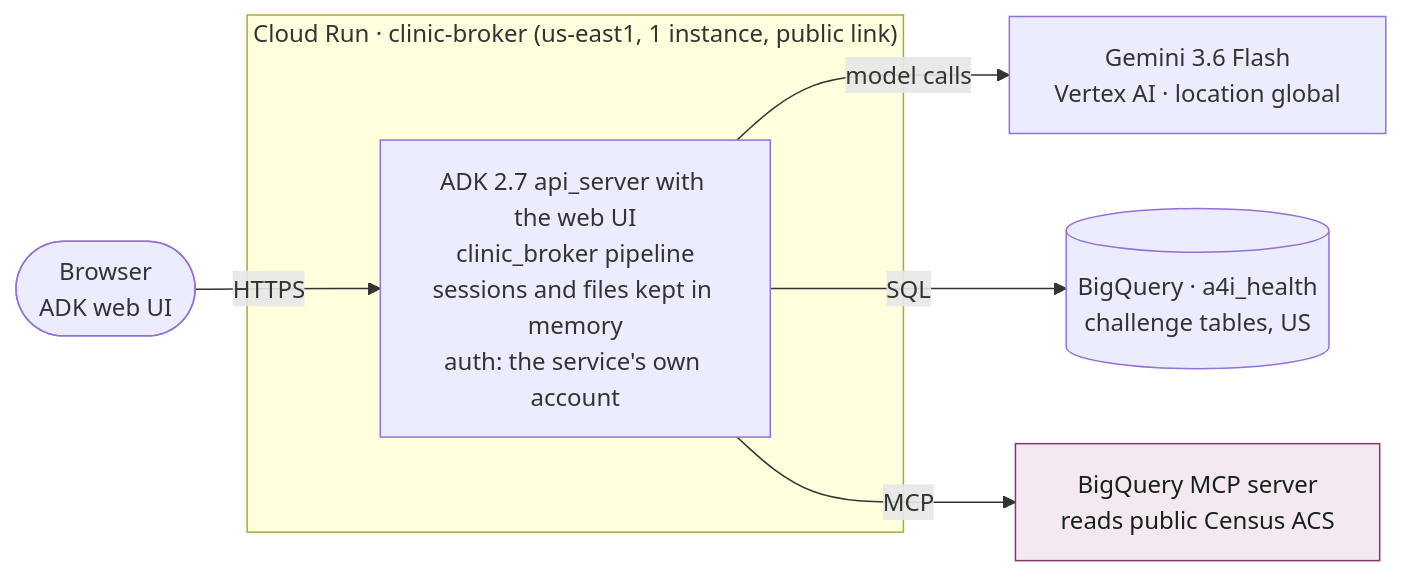
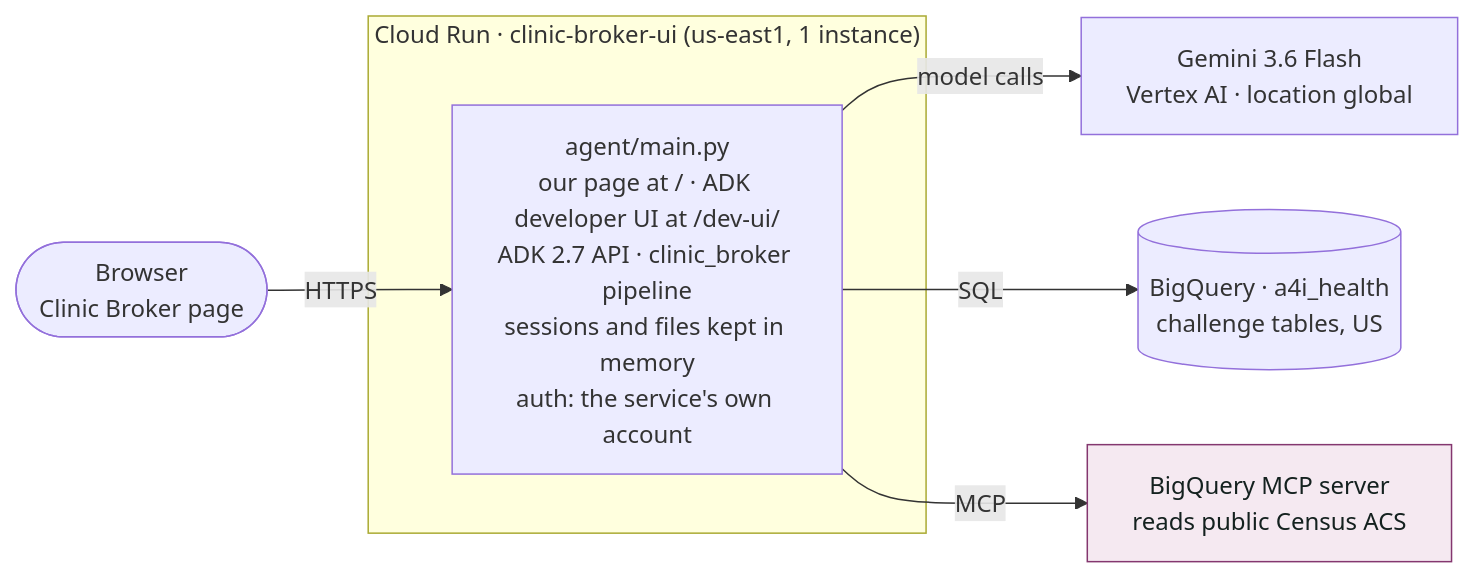
Before and after one commit to naveen056-code/Public_health_05: the third of 3 diagrams in docs/ARCHITECTURE.md, drawn with Mermaid. The commit also changed other lines of this file and 11 other files, not shown here.

Commit message:
Add Clinic Broker web interface with live agent view and county map

````diff
--- a/docs/ARCHITECTURE.md
+++ b/docs/ARCHITECTURE.md
@@ -123,16 +124,16 @@
 ```mermaid
 flowchart LR
-    browser(["Browser<br/>ADK web UI"])
-    subgraph run["Cloud Run · clinic-broker (us-east1, 1 instance, public link)"]
-        app["ADK 2.7 api_server with the web UI<br/>clinic_broker pipeline<br/>sessions and files kept in memory<br/>auth: the service's own account"]
+    browser(["Browser<br/>Clinic Broker page"])
+    subgraph run["Cloud Run · clinic-broker-ui (us-east1, 1 instance)"]
+        app["agent/main.py<br/>our page at / · ADK developer UI at /dev-ui/<br/>ADK 2.7 API · clinic_broker pipeline<br/>sessions and files kept in memory<br/>auth: the service's own account"]
     end
     gemini["Gemini 3.6 Flash<br/>Vertex AI · location global"]
     bq[("BigQuery · a4i_health<br/>challenge tables, US")]
     mcp["BigQuery MCP server<br/>reads public Census ACS"]
     browser -->|HTTPS| app
     app -->|model calls| gemini
     app -->|SQL| bq
     app -->|MCP| mcp
     classDef audit fill:#f5e9f1,stroke:#84376f,color:#14211f
     class mcp audit
 ```
````
